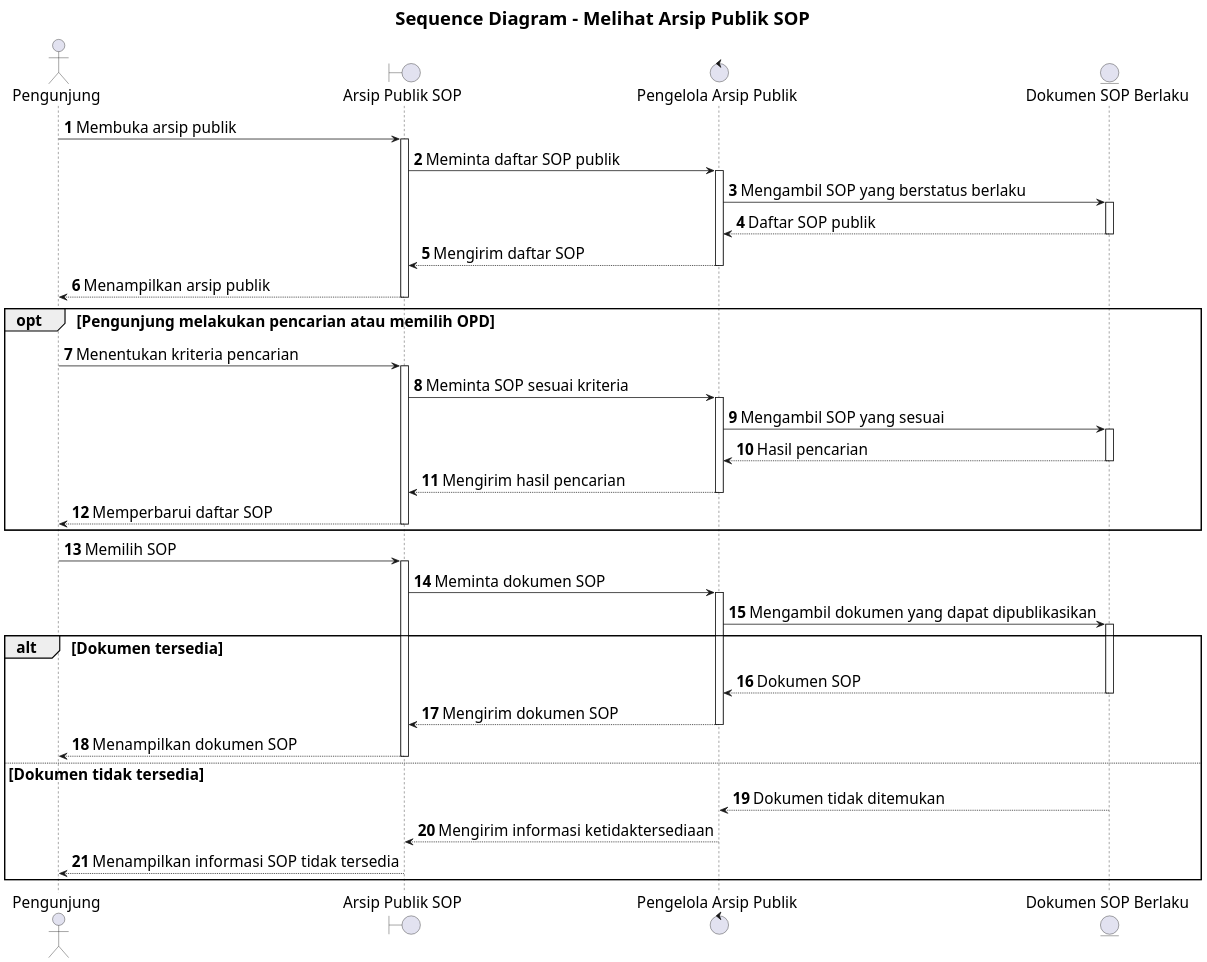
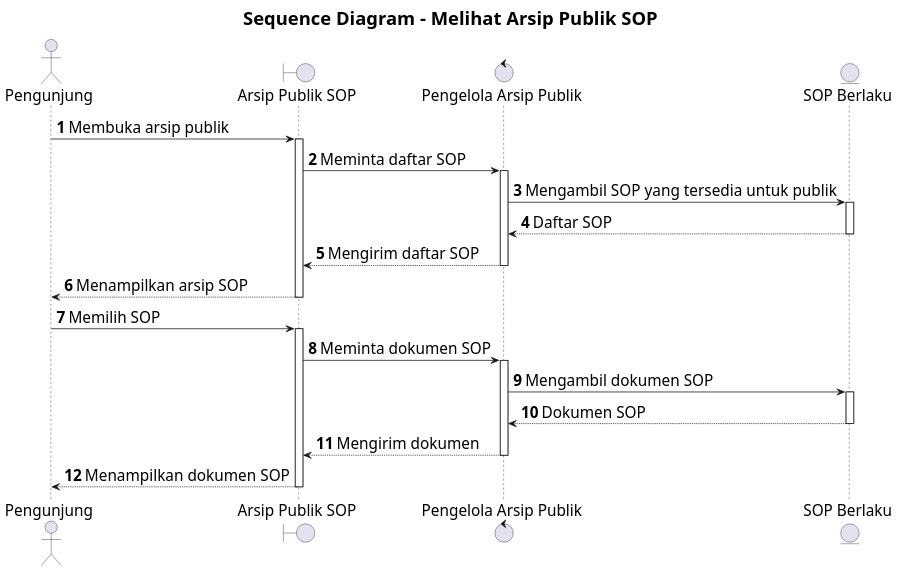
The diagram in docs/sequence/lampiran/pengunjung-melihat-arsip-publik-sop.md (howlil/sop-generate-app), drawn with PlantUML before and after one commit. The commit also changed other lines of this file and 20 other files, not shown here.

Commit message:
docs(sequence): simplify interaction detail across use cases

````diff
--- a/docs/sequence/lampiran/pengunjung-melihat-arsip-publik-sop.md
+++ b/docs/sequence/lampiran/pengunjung-melihat-arsip-publik-sop.md
@@ -16,46 +16,31 @@
 ```plantuml
 @startuml
 skinparam defaultFontSize 20
 skinparam titleFontSize 24
 skinparam dpi 160
 
 title Sequence Diagram - Melihat Arsip Publik SOP
 autonumber
 autoactivate on
 
 actor "Pengunjung" as A
 boundary "Arsip Publik SOP" as B
 control "Pengelola Arsip Publik" as C
-entity "Dokumen SOP Berlaku" as D
+entity "SOP Berlaku" as D
 
 A -> B : Membuka arsip publik
-B -> C : Meminta daftar SOP publik
-C -> D : Mengambil SOP yang berstatus berlaku
-D --> C : Daftar SOP publik
+B -> C : Meminta daftar SOP
+C -> D : Mengambil SOP yang tersedia untuk publik
+D --> C : Daftar SOP
 C --> B : Mengirim daftar SOP
-B --> A : Menampilkan arsip publik
-
-opt Pengunjung melakukan pencarian atau memilih OPD
-  A -> B : Menentukan kriteria pencarian
-  B -> C : Meminta SOP sesuai kriteria
-  C -> D : Mengambil SOP yang sesuai
-  D --> C : Hasil pencarian
-  C --> B : Mengirim hasil pencarian
-  B --> A : Memperbarui daftar SOP
-end
+B --> A : Menampilkan arsip SOP
 
 A -> B : Memilih SOP
 B -> C : Meminta dokumen SOP
-C -> D : Mengambil dokumen yang dapat dipublikasikan
-alt Dokumen tersedia
-  D --> C : Dokumen SOP
-  C --> B : Mengirim dokumen SOP
-  B --> A : Menampilkan dokumen SOP
-else Dokumen tidak tersedia
-  D --> C : Dokumen tidak ditemukan
-  C --> B : Mengirim informasi ketidaktersediaan
-  B --> A : Menampilkan informasi SOP tidak tersedia
-end
+C -> D : Mengambil dokumen SOP
+D --> C : Dokumen SOP
+C --> B : Mengirim dokumen
+B --> A : Menampilkan dokumen SOP
 
 @enduml
 ```
````
